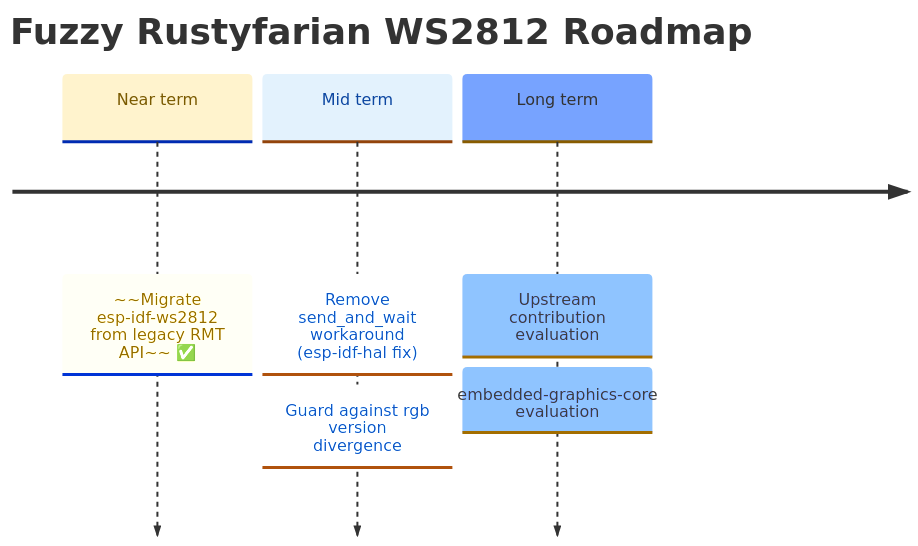
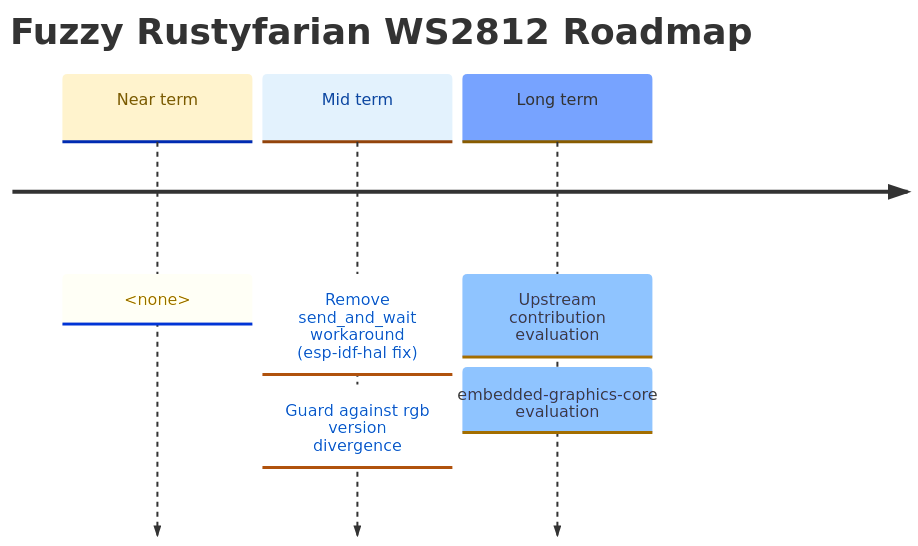
One commit to datenkollektiv/rustyfarian-ws2812 changed the diagram in docs/ROADMAP.md. Above: the diagram before and after it, drawn with Mermaid. The commit also changed other lines of this file and 3 other files, not shown here.

````diff
--- a/docs/ROADMAP.md
+++ b/docs/ROADMAP.md
@@ -9,22 +9,22 @@
 ```mermaid
 %%{init: {
   "theme": "base",
   "themeVariables": {
     "cScale0": "#fff3cd",
     "cScaleLabel0": "#7a5a00",
     "cScale1": "#e3f2fd",
     "cScaleLabel1": "#0d47a1"
   }
 }}%%
 
 timeline
     title Fuzzy Rustyfarian WS2812 Roadmap
 
-    Near term : ~~Migrate esp-idf-ws2812 from legacy RMT API~~ ✅
+    Near term : <none>
 
     Mid term  : Remove send_and_wait workaround (esp-idf-hal fix)
               : Guard against rgb version divergence
 
     Long term : Upstream contribution evaluation
               : embedded-graphics-core evaluation
 ```
````
